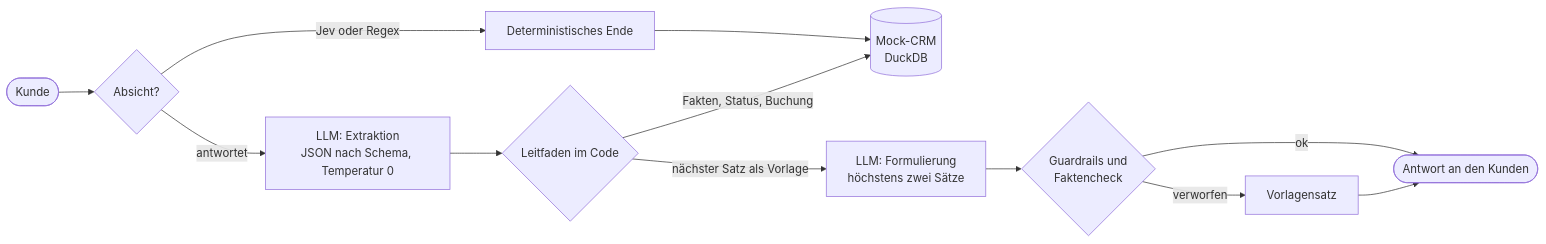
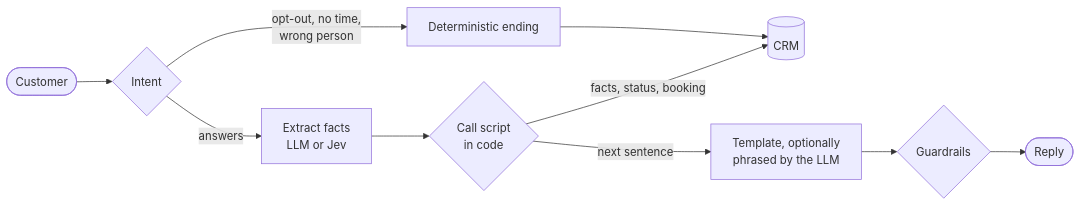
Before and after one commit to jonathankuhn11-spec/ai-call-agent: the diagram in README.md, drawn with Mermaid. The commit also changed other lines of this file and 6 other files, not shown here.

First line of the commit message:
Jev-Extraktion und LLM-freier Modus; README auf Englisch

````diff
--- a/README.md
+++ b/README.md
@@ -39,13 +37,12 @@
 ```mermaid
 flowchart LR
-    K(["Kunde"]) --> R{"Absicht?"}
-    R -- "Jev oder Regex" --> E["Deterministisches Ende"]
-    R -- "antwortet" --> X["LLM: Extraktion<br/>JSON nach Schema, Temperatur 0"]
-    X --> S{"Leitfaden im Code"}
-    S -- "Fakten, Status, Buchung" --> C[("Mock-CRM<br/>DuckDB")]
-    S -- "nächster Satz als Vorlage" --> L["LLM: Formulierung<br/>höchstens zwei Sätze"]
-    L --> G{"Guardrails und<br/>Faktencheck"}
-    G -- "ok" --> A(["Antwort an den Kunden"])
-    G -- "verworfen" --> V["Vorlagensatz"] --> A
+    K(["Customer"]) --> R{"Intent"}
+    R -- "opt-out, no time,<br/>wrong person" --> E["Deterministic ending"]
+    R -- "answers" --> X["Extract facts<br/>LLM or Jev"]
+    X --> S{"Call script<br/>in code"}
+    S -- "facts, status, booking" --> C[("CRM")]
+    S -- "next sentence" --> L["Template, optionally<br/>phrased by the LLM"]
+    L --> G{"Guardrails"}
+    G --> A(["Reply"])
     E --> C
 ```
````
